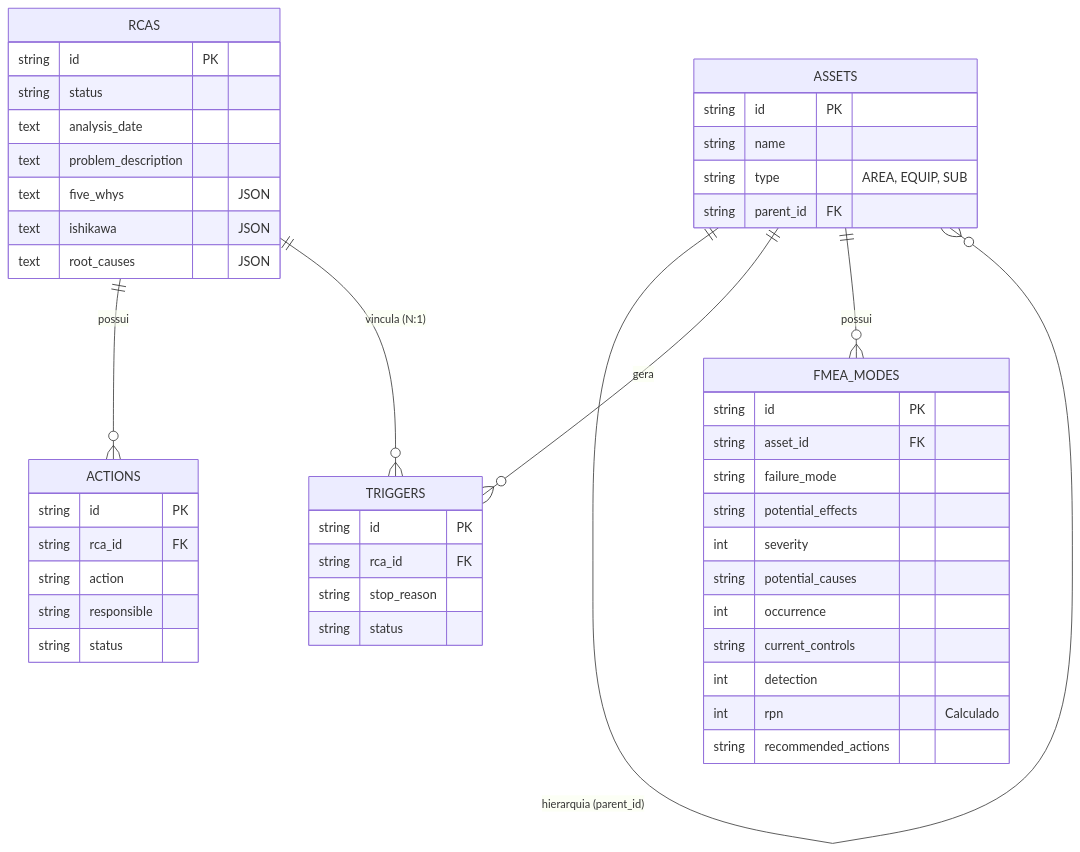
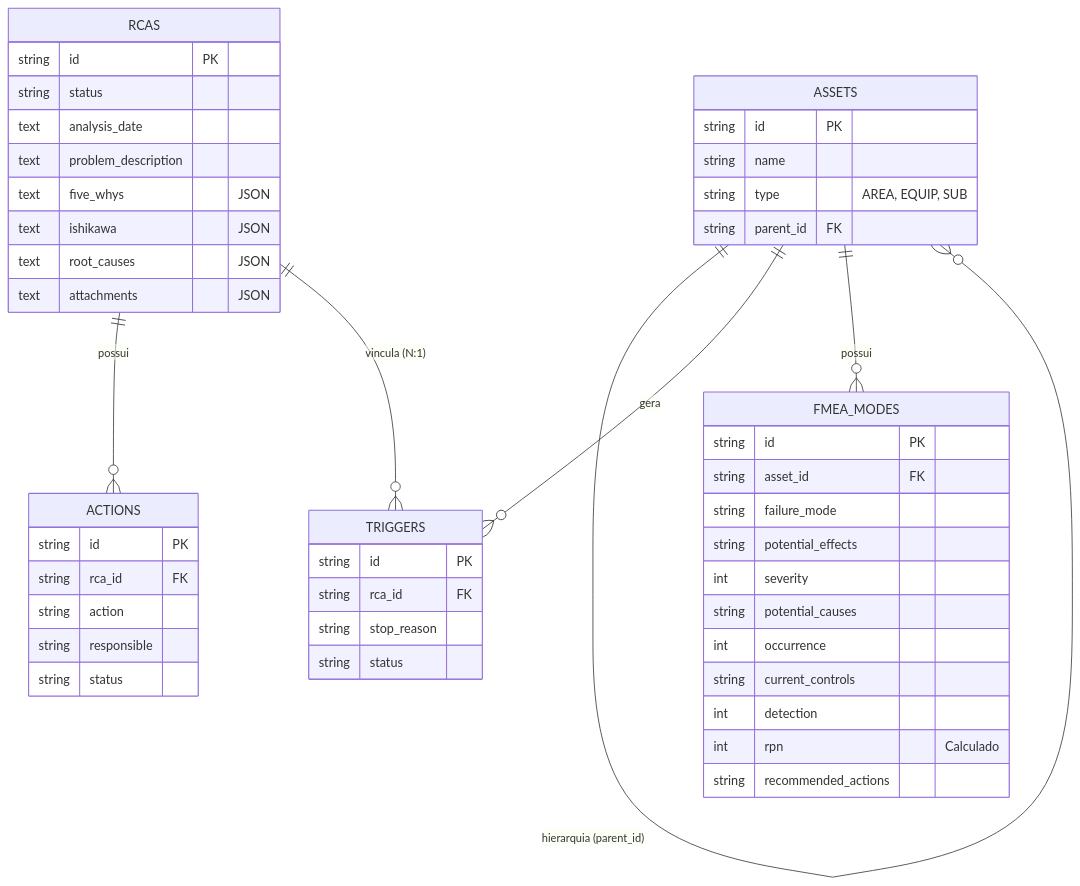
Before and after one commit to GuimaraesL/RCA-System: the diagram in docs/database/MODELO_DADOS.md, drawn with Mermaid. The commit also changed other lines of this file and 42 other files, not shown here.

````diff
--- a/docs/database/MODELO_DADOS.md
+++ b/docs/database/MODELO_DADOS.md
@@ -13,54 +13,55 @@
 ```mermaid
 erDiagram
     ASSETS ||--o{ ASSETS : "hierarquia (parent_id)"
     ASSETS ||--o{ TRIGGERS : "gera"
     ASSETS ||--o{ FMEA_MODES : "possui"
     RCAS ||--o{ ACTIONS : "possui"
     RCAS ||--o{ TRIGGERS : "vincula (N:1)"
     
     RCAS {
         string id PK
         string status
         text analysis_date
         text problem_description
         text five_whys "JSON"
         text ishikawa "JSON"
         text root_causes "JSON"
+        text attachments "JSON"
     }
 
     ACTIONS {
         string id PK
         string rca_id FK
         string action
         string responsible
         string status
     }
 
     TRIGGERS {
         string id PK
         string rca_id FK
         string stop_reason
         string status
     }
 
     ASSETS {
         string id PK
         string name
         string type "AREA, EQUIP, SUB"
         string parent_id FK
     }
 
     FMEA_MODES {
         string id PK
         string asset_id FK
         string failure_mode
         string potential_effects
         int severity
         string potential_causes
         int occurrence
         string current_controls
         int detection
         int rpn "Calculado"
         string recommended_actions
     }
 ```
````
